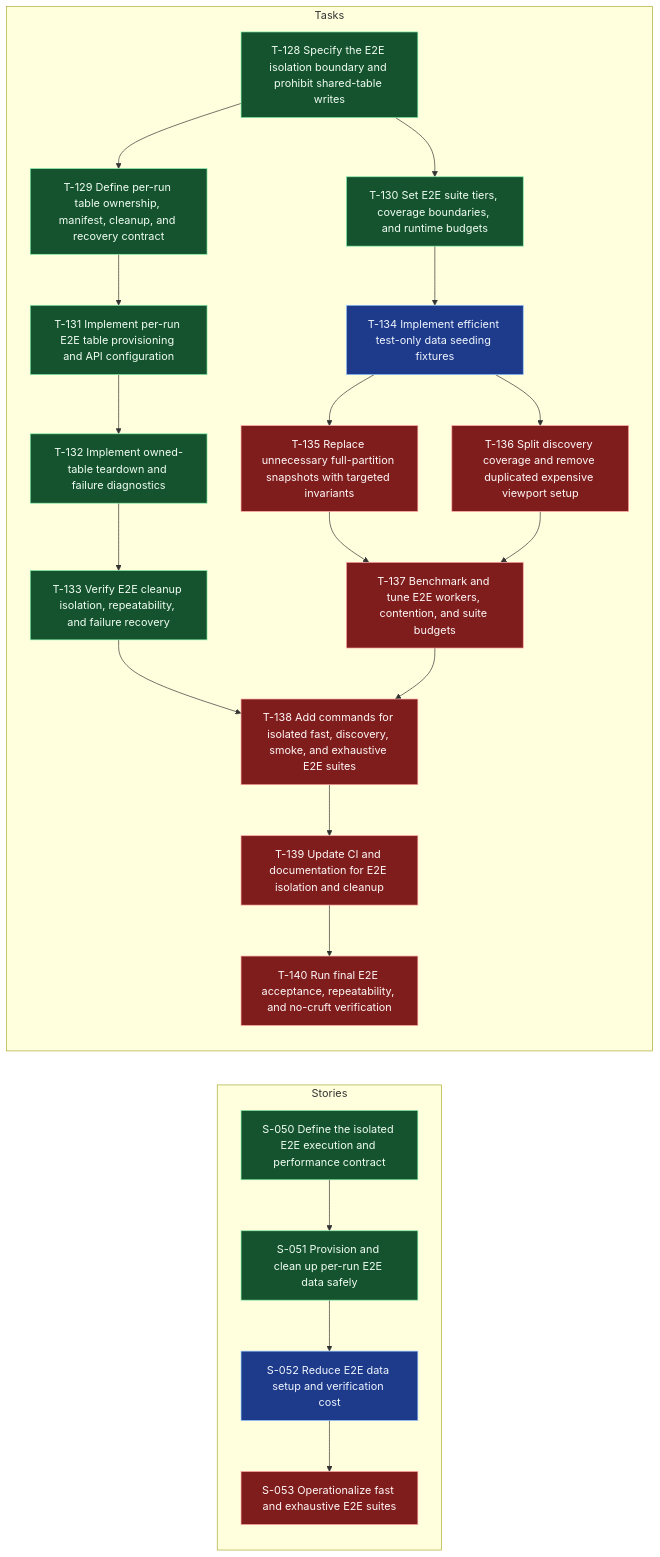
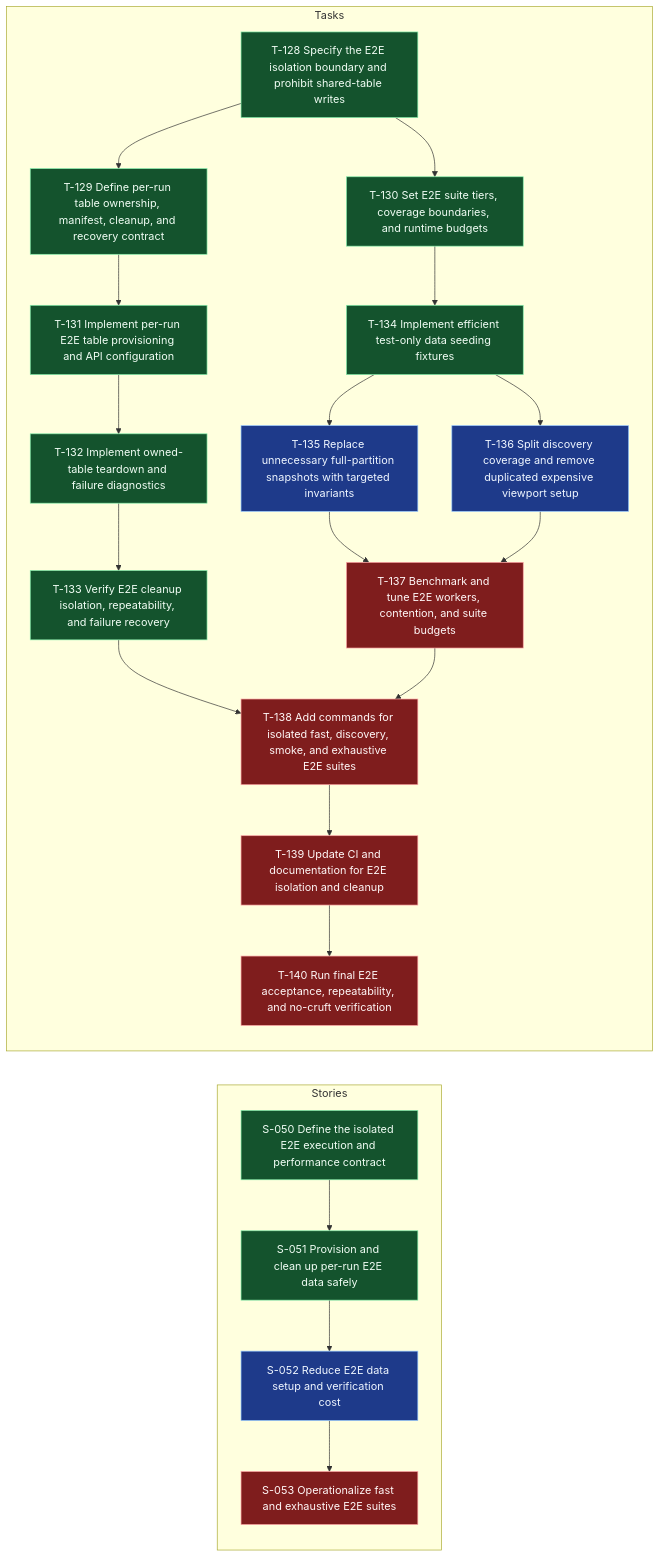
Before and after one commit to andybalham/invite-agent: the diagram in .worktracker/graphs/E-014.mmd, drawn with Mermaid. The commit also changed 8 other files, not shown here.

Commit message:
feat(e2e): implement efficient test-only data seeding fixtures and update related task statuses

```diff
--- a/.worktracker/graphs/E-014.mmd
+++ b/.worktracker/graphs/E-014.mmd
@@ -1,61 +1,61 @@
 graph LR
   classDef done fill:#14532d,stroke:#86efac,color:#f0fdf4;
   classDef blocked fill:#7f1d1d,stroke:#fca5a5,color:#fff7f7;
   classDef inprogress fill:#78350f,stroke:#fbbf24,color:#fffbeb;
   classDef todo fill:#1e3a8a,stroke:#93c5fd,color:#eff6ff;
   classDef empty fill:#374151,stroke:#d1d5db,color:#f9fafb,stroke-dasharray: 3 3;
   subgraph Stories
     S050["S-050 Define the isolated E2E execution and performance contract"]:::done
     S051["S-051 Provision and clean up per-run E2E data safely"]:::done
     S052["S-052 Reduce E2E data setup and verification cost"]:::todo
     S053["S-053 Operationalize fast and exhaustive E2E suites"]:::blocked
     S050 --> S051
     S051 --> S052
     S052 --> S053
   end
   subgraph Tasks
     T128["T-128 Specify the E2E isolation boundary and prohibit shared-table writes"]:::done
     T129["T-129 Define per-run table ownership, manifest, cleanup, and recovery contract"]:::done
     T130["T-130 Set E2E suite tiers, coverage boundaries, and runtime budgets"]:::done
     T131["T-131 Implement per-run E2E table provisioning and API configuration"]:::done
     T132["T-132 Implement owned-table teardown and failure diagnostics"]:::done
     T133["T-133 Verify E2E cleanup isolation, repeatability, and failure recovery"]:::done
-    T134["T-134 Implement efficient test-only data seeding fixtures"]:::todo
-    T135["T-135 Replace unnecessary full-partition snapshots with targeted invariants"]:::blocked
-    T136["T-136 Split discovery coverage and remove duplicated expensive viewport setup"]:::blocked
+    T134["T-134 Implement efficient test-only data seeding fixtures"]:::done
+    T135["T-135 Replace unnecessary full-partition snapshots with targeted invariants"]:::todo
+    T136["T-136 Split discovery coverage and remove duplicated expensive viewport setup"]:::todo
     T137["T-137 Benchmark and tune E2E workers, contention, and suite budgets"]:::blocked
     T138["T-138 Add commands for isolated fast, discovery, smoke, and exhaustive E2E suites"]:::blocked
     T139["T-139 Update CI and documentation for E2E isolation and cleanup"]:::blocked
     T140["T-140 Run final E2E acceptance, repeatability, and no-cruft verification"]:::blocked
     T128 --> T129
     T128 --> T130
     T129 --> T131
     T130 --> T134
     T131 --> T132
     T132 --> T133
     T133 --> T138
     T134 --> T135
     T134 --> T136
     T135 --> T137
     T136 --> T137
     T137 --> T138
     T138 --> T139
     T139 --> T140
   end
   click S050 "../entities/S-050-define-the-isolated-e2e-execution-and-performance-contract.md"
   click S051 "../entities/S-051-provision-and-clean-up-per-run-e2e-data-safely.md"
   click S052 "../entities/S-052-reduce-e2e-data-setup-and-verification-cost.md"
   click S053 "../entities/S-053-operationalize-fast-and-exhaustive-e2e-suites.md"
   click T128 "../entities/T-128-specify-the-e2e-isolation-boundary-and-prohibit-shared-table-writes.md"
   click T129 "../entities/T-129-define-per-run-table-ownership-manifest-cleanup-and-recovery-contract.md"
   click T130 "../entities/T-130-set-e2e-suite-tiers-coverage-boundaries-and-runtime-budgets.md"
   click T131 "../entities/T-131-implement-per-run-e2e-table-provisioning-and-api-configuration.md"
   click T132 "../entities/T-132-implement-owned-table-teardown-and-failure-diagnostics.md"
   click T133 "../entities/T-133-verify-e2e-cleanup-isolation-repeatability-and-failure-recovery.md"
   click T134 "../entities/T-134-implement-efficient-test-only-data-seeding-fixtures.md"
   click T135 "../entities/T-135-replace-unnecessary-full-partition-snapshots-with-targeted-invariants.md"
   click T136 "../entities/T-136-split-discovery-coverage-and-remove-duplicated-expensive-viewport-setup.md"
   click T137 "../entities/T-137-benchmark-and-tune-e2e-workers-contention-and-suite-budgets.md"
   click T138 "../entities/T-138-add-commands-for-isolated-fast-discovery-smoke-and-exhaustive-e2e-suites.md"
   click T139 "../entities/T-139-update-ci-and-documentation-for-e2e-isolation-and-cleanup.md"
   click T140 "../entities/T-140-run-final-e2e-acceptance-repeatability-and-no-cruft-verification.md"
```
